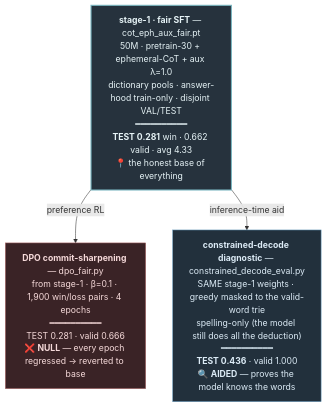
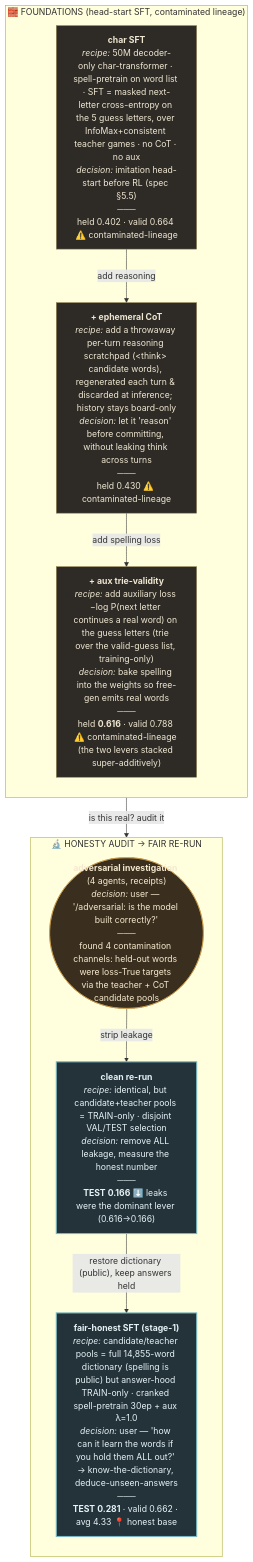
The diagram in EXPERIMENT_MAP_SAMPLE.md (prezaei/wordle), drawn with Mermaid before and after one commit. The commit also changed other lines of this file, not shown here.

Commit message:
docs: experiment-map sample v2 — recipes+decisions (no filenames), grouped lanes

````diff
--- a/EXPERIMENT_MAP_SAMPLE.md
+++ b/EXPERIMENT_MAP_SAMPLE.md
@@ -7,15 +8,25 @@
 ```mermaid
 graph TD
-  S1["<b>stage-1 · fair SFT</b> — cot_eph_aux_fair.pt<br/>50M · pretrain-30 + ephemeral-CoT + aux λ=1.0<br/>dictionary pools · answer-hood train-only · disjoint VAL/TEST<br/>━━━━━━━━━━<br/><b>TEST 0.281</b> win · 0.662 valid · avg 4.33<br/>📍 the honest base of everything"]:::base
+  subgraph FOUND["🧱 FOUNDATIONS (head-start SFT, contaminated lineage)"]
+    direction TB
+    SFT["<b>char SFT</b><br/><i>recipe:</i> 50M decoder-only char-transformer · spell-pretrain on word list · SFT = masked next-letter cross-entropy on the 5 guess letters, over InfoMax+consistent teacher games · no CoT · no aux<br/><i>decision:</i> imitation head-start before RL (spec §5.5)<br/>───<br/>held 0.402 · valid 0.664 ⚠️ contaminated-lineage"]:::cont
+    COT["<b>+ ephemeral CoT</b><br/><i>recipe:</i> add a throwaway per-turn reasoning scratchpad (&lt;think&gt; candidate words), regenerated each turn & discarded at inference; history stays board-only<br/><i>decision:</i> let it 'reason' before committing, without leaking think across turns<br/>───<br/>held 0.430 ⚠️ contaminated-lineage"]:::cont
+    AUX["<b>+ aux trie-validity</b><br/><i>recipe:</i> add auxiliary loss −log P(next letter continues a real word) on the guess letters (trie over the valid-guess list, training-only)<br/><i>decision:</i> bake spelling into the weights so free-gen emits real words<br/>───<br/>held <b>0.616</b> · valid 0.788 ⚠️ contaminated-lineage (the two levers stacked super-additively)"]:::cont
+  end
 
-  DPO["<b>DPO commit-sharpening</b> — dpo_fair.py<br/>from stage-1 · β=0.1 · 1,900 win/loss pairs · 4 epochs<br/>━━━━━━━━━━<br/>TEST 0.281 · valid 0.666<br/>❌ <b>NULL</b> — every epoch regressed → reverted to base"]:::null
+  subgraph HON["🔬 HONESTY AUDIT → FAIR RE-RUN"]
+    direction TB
+    AUDIT(["<b>adversarial investigation</b> (4 agents, receipts)<br/><i>decision:</i> user — '/adversarial: is the model built correctly?'<br/>───<br/>found 4 contamination channels: held-out words were loss-True targets via the teacher + CoT candidate pools"]):::audit
+    CLEAN["<b>clean re-run</b><br/><i>recipe:</i> identical, but candidate+teacher pools = TRAIN-only · disjoint VAL/TEST selection<br/><i>decision:</i> remove ALL leakage, measure the honest number<br/>───<br/><b>TEST 0.166</b> ⬇️ leaks were the dominant lever (0.616→0.166)"]:::honest
+    FAIR["<b>fair-honest SFT (stage-1)</b><br/><i>recipe:</i> candidate/teacher pools = full 14,855-word dictionary (spelling is public) but answer-hood TRAIN-only · cranked spell-pretrain 30ep + aux λ=1.0<br/><i>decision:</i> user — 'how can it learn the words if you hold them ALL out?' → know-the-dictionary, deduce-unseen-answers<br/>───<br/><b>TEST 0.281</b> · valid 0.662 · avg 4.33 📍 honest base"]:::honest
+  end
 
-  CD["<b>constrained-decode diagnostic</b> — constrained_decode_eval.py<br/>SAME stage-1 weights · greedy masked to the valid-word trie<br/>spelling-only (the model still does all the deduction)<br/>━━━━━━━━━━<br/><b>TEST 0.436</b> · valid 1.000<br/>🔍 <b>AIDED</b> — proves the model knows the words"]:::aided
+  SFT -->|"add reasoning"| COT -->|"add spelling loss"| AUX
+  AUX -->|"is this real? audit it"| AUDIT
+  AUDIT -->|"strip leakage"| CLEAN
+  CLEAN -->|"restore dictionary (public), keep answers held"| FAIR
 
-  S1 -->|"preference RL"| DPO
-  S1 -->|"inference-time aid"| CD
-
-  classDef base  fill:#26323d,stroke:#7ab6c0,color:#e6f3f6,stroke-width:2px
-  classDef null  fill:#3a2326,stroke:#b06b6b,color:#f6dada
-  classDef aided fill:#22303c,stroke:#6699bb,color:#dcebf6
+  classDef cont   fill:#2e2b26,stroke:#9a8a5a,color:#efe7d2,stroke-width:1px
+  classDef honest fill:#24323a,stroke:#7ab6c0,color:#e6f3f6,stroke-width:2px
+  classDef audit  fill:#3a2f1e,stroke:#cc9a4a,color:#f6e9cf
 ```
````
